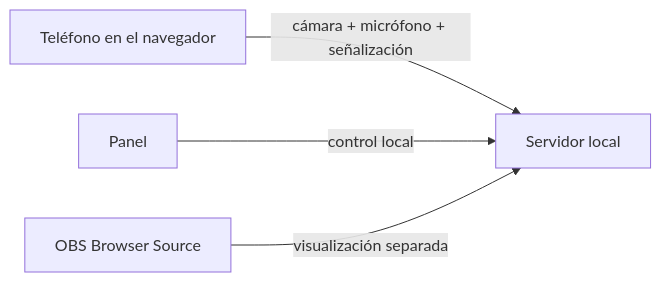
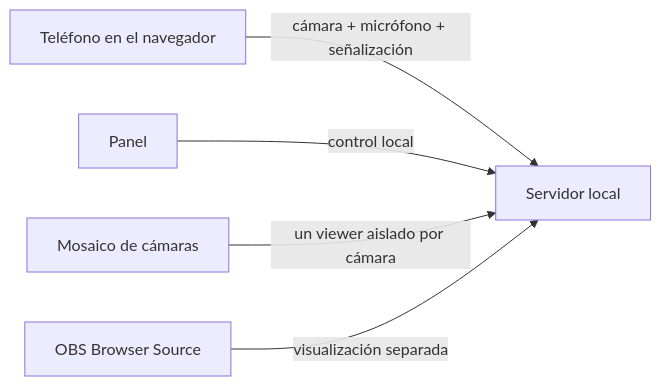
Before and after one commit to MasterBougli/BouCamPhoneServ: the diagram in docs/ARCHITECTURE.es.md, drawn with Mermaid. The commit also changed other lines of this file and 25 other files, not shown here.

````diff
--- a/docs/ARCHITECTURE.es.md
+++ b/docs/ARCHITECTURE.es.md
@@ -17,11 +17,13 @@
 ```mermaid
 flowchart LR
   Phone["Teléfono en el navegador"]
   Server["Servidor local"]
   Dashboard["Panel"]
+  Mosaic["Mosaico de cámaras"]
   OBS["OBS Browser Source"]
 
   Phone -->|"cámara + micrófono + señalización"| Server
   Dashboard -->|"control local"| Server
+  Mosaic -->|"un viewer aislado por cámara"| Server
   OBS -->|"visualización separada"| Server
 ```
````
